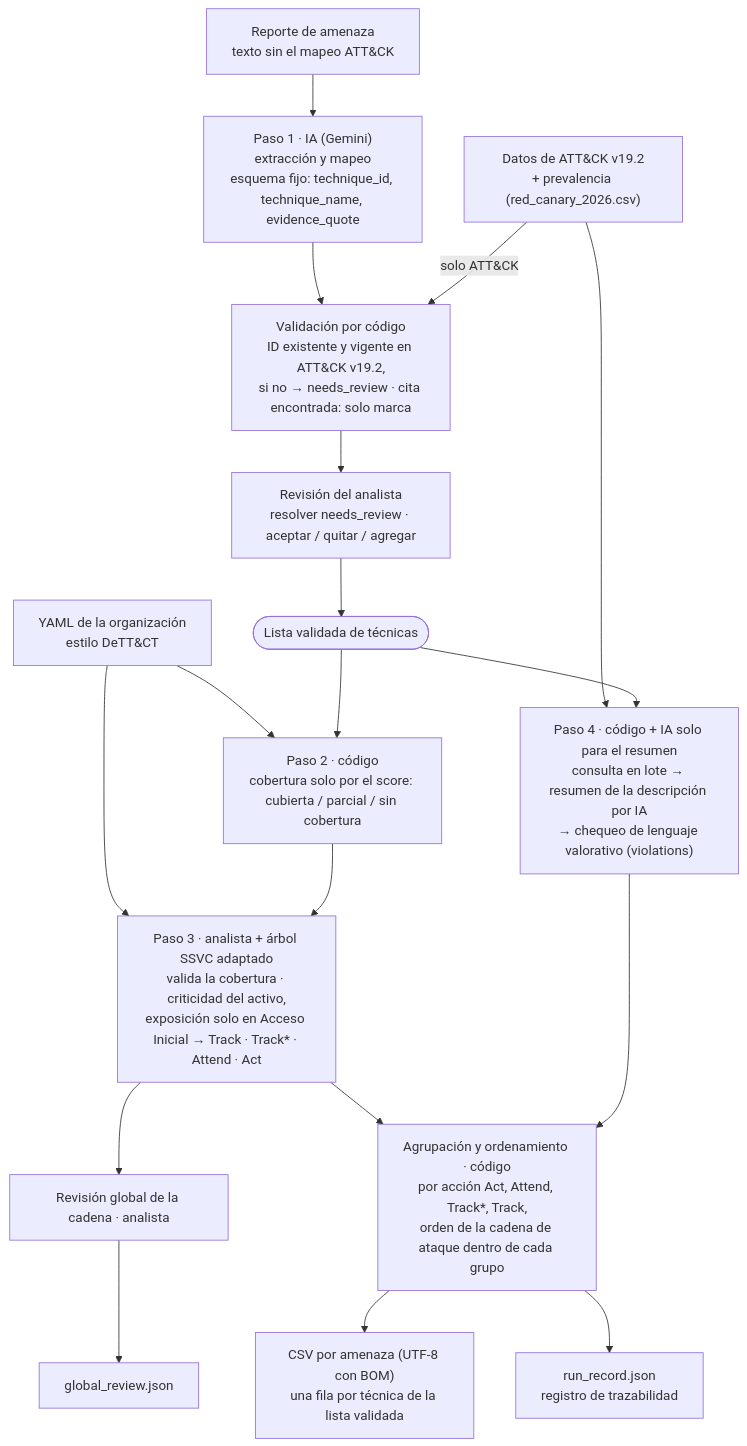
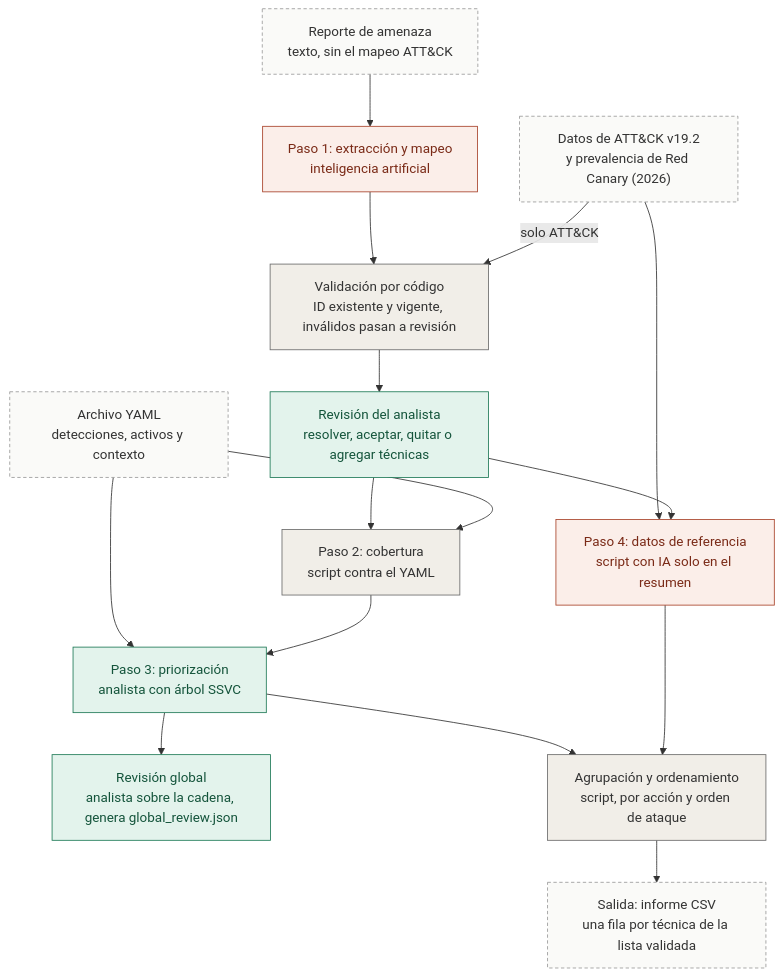
Before and after one commit to Mumogg/attack-exposure-model: the diagram in README.es.md, drawn with Mermaid. The commit also changed other lines of this file and 1 other file, not shown here.

Commit message:
docs: compact README flow diagram matching thesis Figure 1
Short two-line labels and actor colors (AI, script, analyst, input/output)
as in the thesis figure; the validated-list, global_review.json and
run_record.json nodes are folded into labels or the caption. Same edges
as before, including the labeled ATT&CK-only arrow to code validation.

````diff
--- a/README.es.md
+++ b/README.es.md
@@ -33,20 +33,26 @@
 ```mermaid
 flowchart TD
-    R["Reporte de amenaza<br/>texto sin el mapeo ATT&CK"] --> P1
-    P1["Paso 1 · IA (Gemini)<br/>extracción y mapeo<br/>esquema fijo: technique_id, technique_name, evidence_quote"] --> V["Validación por código<br/>ID existente y vigente en ATT&CK v19.2,<br/>si no → needs_review · cita encontrada: solo marca"]
-    V --> A1["Revisión del analista<br/>resolver needs_review · aceptar / quitar / agregar"]
-    A1 --> L(["Lista validada de técnicas"])
-    O["YAML de la organización<br/>estilo DeTT&CT"] --> P2
+    R["Reporte de amenaza<br/>texto, sin el mapeo ATT&CK"] --> P1["Paso 1: extracción y mapeo<br/>inteligencia artificial"]
+    P1 --> V["Validación por código<br/>ID existente y vigente, inválidos pasan a revisión"]
+    V --> A1["Revisión del analista<br/>resolver, aceptar, quitar o agregar técnicas"]
+    K["Datos de ATT&CK v19.2<br/>y prevalencia de Red Canary (2026)"] -->|"solo ATT&CK"| V
+    K --> P4["Paso 4: datos de referencia<br/>script con IA solo en el resumen"]
+    A1 --> P4
+    A1 --> P2["Paso 2: cobertura<br/>script contra el YAML"]
+    O["Archivo YAML<br/>detecciones, activos y contexto"] --> P2
     O --> P3
-    L --> P2["Paso 2 · código<br/>cobertura solo por el score: cubierta / parcial / sin cobertura"]
-    P2 --> P3["Paso 3 · analista + árbol SSVC adaptado<br/>valida la cobertura · criticidad del activo,<br/>exposición solo en Acceso Inicial → Track · Track* · Attend · Act"]
-    P3 --> G["Revisión global de la cadena · analista"]
-    G --> GJ["global_review.json"]
-    K["Datos de ATT&CK v19.2<br/>+ prevalencia (red_canary_2026.csv)"] --> P4
-    K -->|"solo ATT&CK"| V
-    L --> P4["Paso 4 · código + IA solo para el resumen<br/>consulta en lote → resumen de la descripción por IA<br/>→ chequeo de lenguaje valorativo (violations)"]
-    P3 --> S["Agrupación y ordenamiento · código<br/>por acción Act, Attend, Track*, Track,<br/>orden de la cadena de ataque dentro de cada grupo"]
+    P2 --> P3["Paso 3: priorización<br/>analista con árbol SSVC"]
+    P3 --> G["Revisión global<br/>analista sobre la cadena, genera global_review.json"]
+    P3 --> S["Agrupación y ordenamiento<br/>script, por acción y orden de ataque"]
     P4 --> S
-    S --> CSV["CSV por amenaza (UTF-8 con BOM)<br/>una fila por técnica de la lista validada"]
-    S --> RR["run_record.json<br/>registro de trazabilidad"]
+    S --> CSV["Salida: informe CSV<br/>una fila por técnica de la lista validada"]
+    classDef ia fill:#fbeee9,stroke:#a8432a,color:#7a2a17
+    classDef code fill:#f1eee8,stroke:#6b6b6b,color:#333333
+    classDef an fill:#e3f3ec,stroke:#1f7a57,color:#14543b
+    classDef io fill:#fafaf8,stroke:#9a9a9a,stroke-dasharray:4 3,color:#333333
+    class P1 ia
+    class P4 ia
+    class V,P2,S code
+    class A1,P3,G an
+    class R,K,O,CSV io
 ```
````
